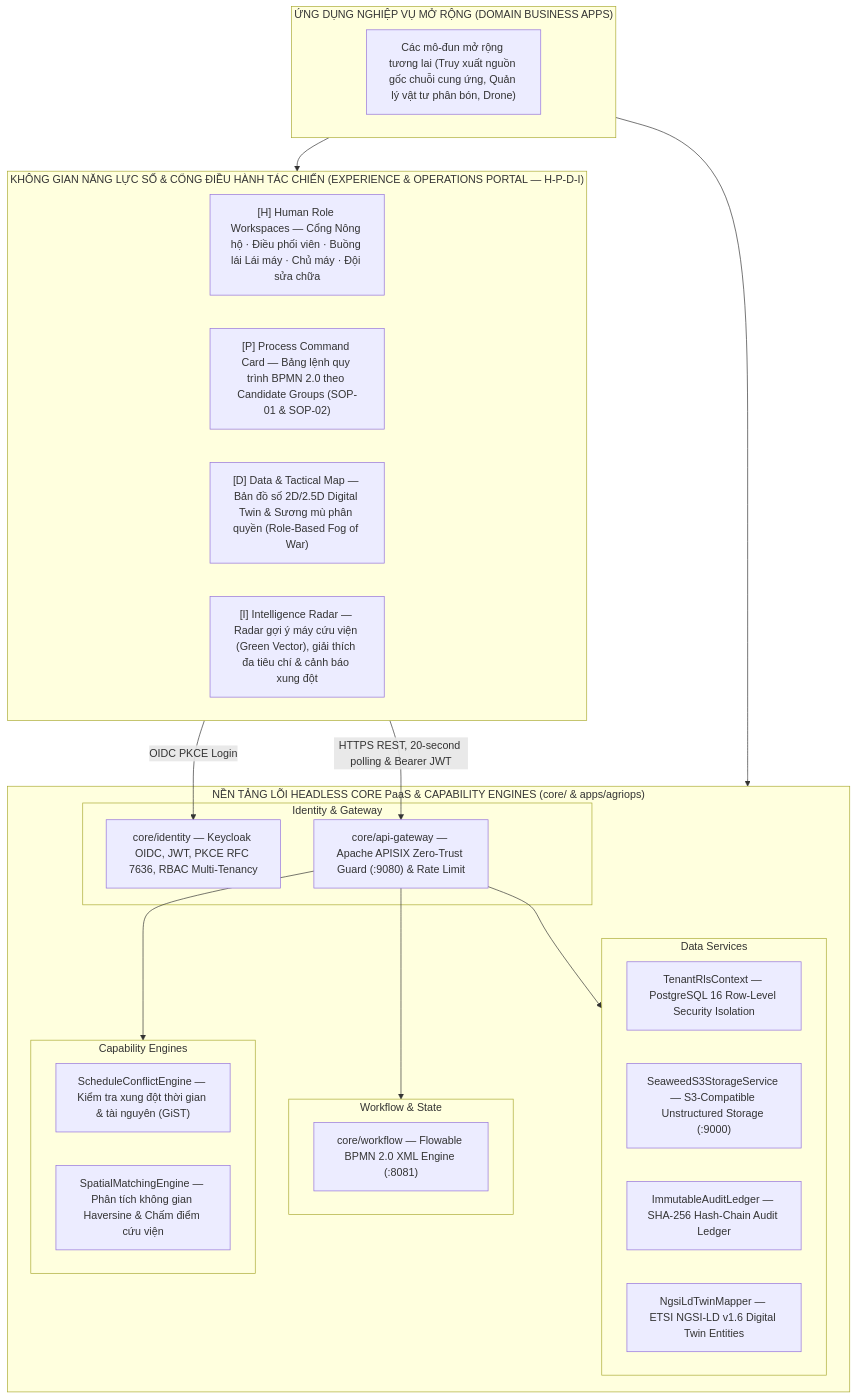
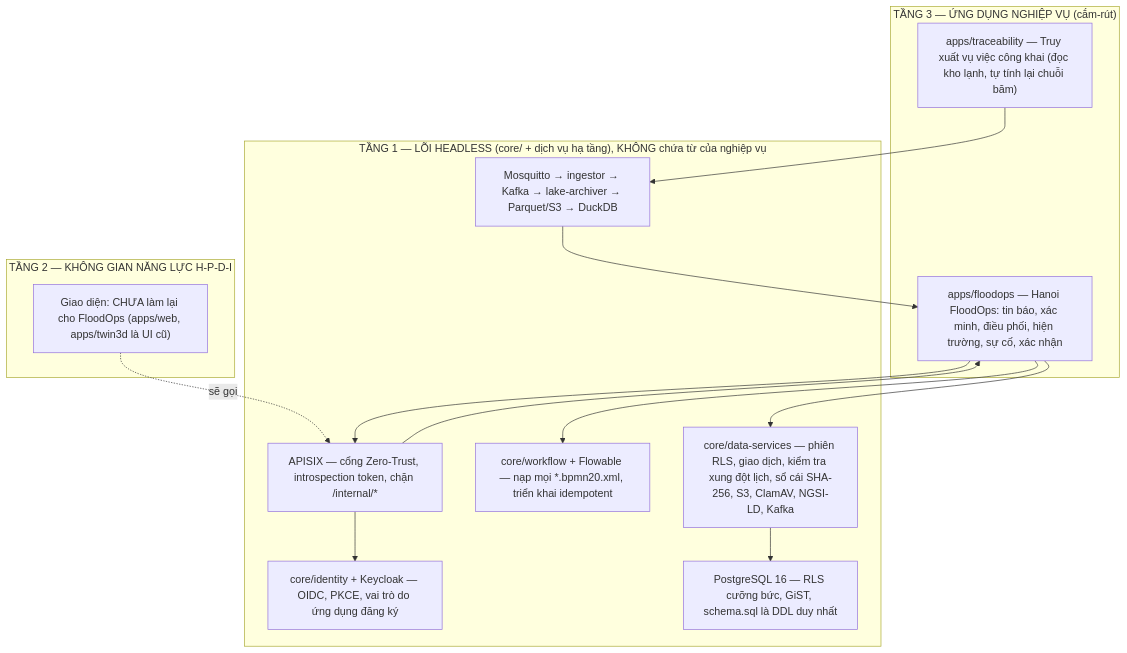
Before and after one commit to Floodos-hou/FloodOS: the diagram in docs/architecture.md, drawn with Mermaid. The commit also changed other lines of this file and 57 other files, not shown here.

First line of the commit message:
feat(floodops): replace the rice-harvest app with a flood-response application on a domain-neutral core

````diff
--- a/docs/architecture.md
+++ b/docs/architecture.md
@@ -13,41 +13,30 @@
 ```mermaid
 flowchart TD
-    subgraph T3 ["ỨNG DỤNG NGHIỆP VỤ MỞ RỘNG (DOMAIN BUSINESS APPS)"]
-        FutureApps["Các mô-đun mở rộng tương lai (Truy xuất nguồn gốc chuỗi cung ứng, Quản lý vật tư phân bón, Drone)"]
+    subgraph T3 ["TẦNG 3 — ỨNG DỤNG NGHIỆP VỤ (cắm-rút)"]
+        FO["apps/floodops — Hanoi FloodOps: tin báo, xác minh, điều phối, hiện trường, sự cố, xác nhận"]
+        TR["apps/traceability — Truy xuất vụ việc công khai (đọc kho lạnh, tự tính lại chuỗi băm)"]
     end
 
-    subgraph T2 ["KHÔNG GIAN NĂNG LỰC SỐ & CỔNG ĐIỀU HÀNH TÁC CHIẾN (EXPERIENCE & OPERATIONS PORTAL — H-P-D-I)"]
-        H["[H] Human Role Workspaces — Cổng Nông hộ · Điều phối viên · Buồng lái Lái máy · Chủ máy · Đội sửa chữa"]
-        P["[P] Process Command Card — Bảng lệnh quy trình BPMN 2.0 theo Candidate Groups (SOP-01 & SOP-02)"]
-        D["[D] Data & Tactical Map — Bản đồ số 2D/2.5D Digital Twin & Sương mù phân quyền (Role-Based Fog of War)"]
-        I["[I] Intelligence Radar — Radar gợi ý máy cứu viện (Green Vector), giải thích đa tiêu chí & cảnh báo xung đột"]
+    subgraph T2 ["TẦNG 2 — KHÔNG GIAN NĂNG LỰC H-P-D-I"]
+        UI["Giao diện: CHƯA làm lại cho FloodOps (apps/web, apps/twin3d là UI cũ)"]
     end
 
-    subgraph T1 ["NỀN TẢNG LÕI HEADLESS CORE PaaS & CAPABILITY ENGINES (core/ & apps/agriops)"]
-        subgraph Sec ["Identity & Gateway"]
-            IAM["core/identity — Keycloak OIDC, JWT, PKCE RFC 7636, RBAC Multi-Tenancy"]
-            GW["core/api-gateway — Apache APISIX Zero-Trust Guard (:9080) & Rate Limit"]
-        end
-        subgraph Engines ["Capability Engines"]
-            ConflictEngine["ScheduleConflictEngine — Kiểm tra xung đột thời gian & tài nguyên (GiST)"]
-            SpatialEngine["SpatialMatchingEngine — Phân tích không gian Haversine & Chấm điểm cứu viện"]
-        end
-        subgraph Flow ["Workflow & State"]
-            BPMN["core/workflow — Flowable BPMN 2.0 XML Engine (:8081)"]
-        end
-        subgraph Data ["Data Services"]
-            RLS["TenantRlsContext — PostgreSQL 16 Row-Level Security Isolation"]
-            S3["SeaweedS3StorageService — S3-Compatible Unstructured Storage (:9000)"]
-            Ledger["ImmutableAuditLedger — SHA-256 Hash-Chain Audit Ledger"]
-            Twin["NgsiLdTwinMapper — ETSI NGSI-LD v1.6 Digital Twin Entities"]
-        end
+    subgraph T1 ["TẦNG 1 — LÕI HEADLESS (core/ + dịch vụ hạ tầng), KHÔNG chứa từ của nghiệp vụ"]
+        GW["APISIX — cổng Zero-Trust, introspection token, chặn /internal/*"]
+        IAM["core/identity + Keycloak — OIDC, PKCE, vai trò do ứng dụng đăng ký"]
+        WF["core/workflow + Flowable — nạp mọi *.bpmn20.xml, triển khai idempotent"]
+        DS["core/data-services — phiên RLS, giao dịch, kiểm tra xung đột lịch, sổ cái SHA-256, S3, ClamAV, NGSI-LD, Kafka"]
+        PG["PostgreSQL 16 — RLS cưỡng bức, GiST, schema.sql là DDL duy nhất"]
+        OT["Mosquitto → ingestor → Kafka → lake-archiver → Parquet/S3 → DuckDB"]
     end
 
-    T2 -->|OIDC PKCE Login| IAM
-    T2 -->|HTTPS REST, 20-second polling & Bearer JWT| GW
-    GW --> Engines
-    GW --> Flow
-    GW --> Data
-    T3 --> T2
-    T3 --> T1
+    UI -. "sẽ gọi" .-> GW
+    FO --> GW
+    GW --> IAM
+    GW --> FO
+    FO --> WF
+    FO --> DS
+    DS --> PG
+    OT --> FO
+    TR --> OT
 ```
````
